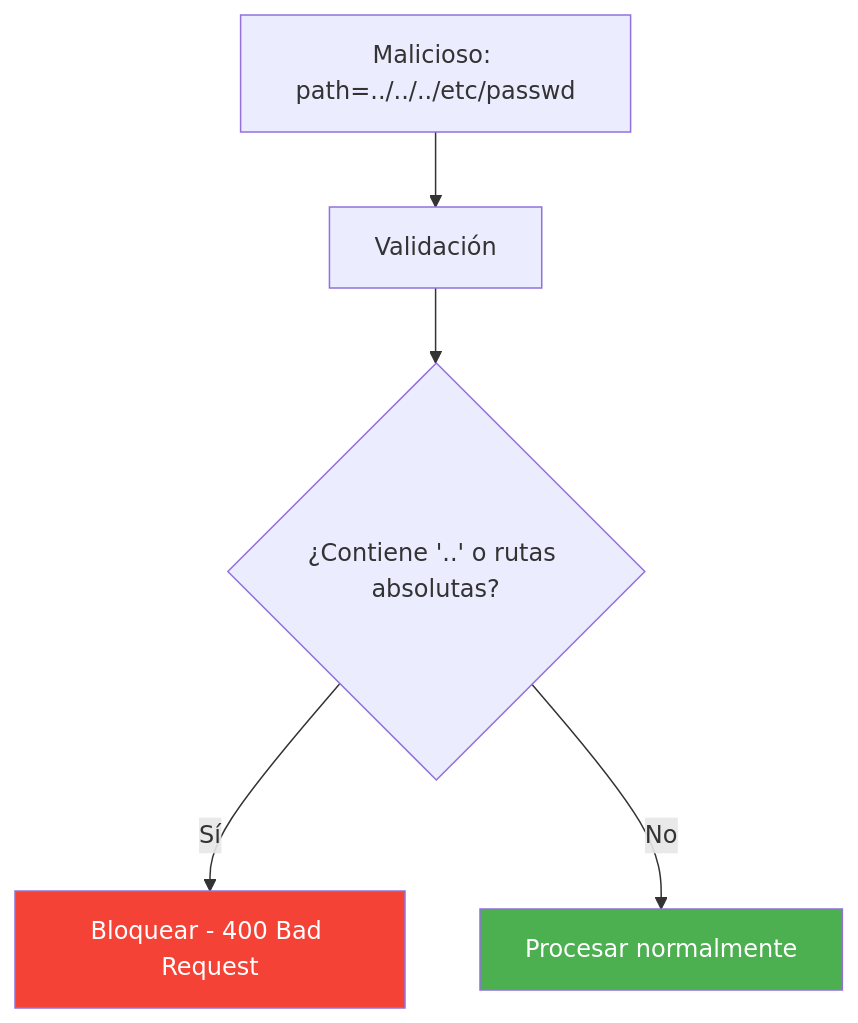
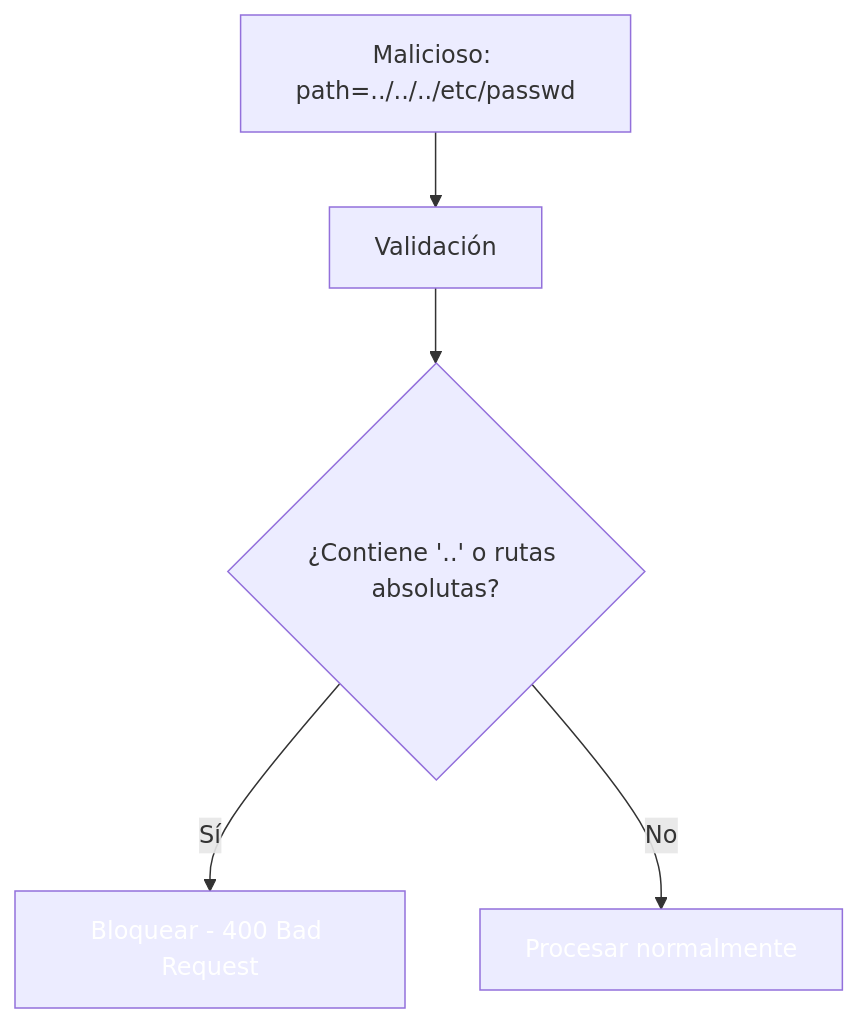
The third of 3 diagrams in 20-file-storage.md (joseluisgs/DesarrolloWebEntornosServidor-02-2026-2027), drawn with Mermaid before and after one commit. The commit also changed other lines of this file and 41 other files, not shown here.

````diff
--- a/20-file-storage.md
+++ b/20-file-storage.md
@@ -1069,9 +1069,9 @@
 ```mermaid
 graph TD
     A["Malicioso: path=../../../etc/passwd"] --> B[Validación]
     B --> C{"¿Contiene '..' o rutas absolutas?"}
     C -->|Sí| D[Bloquear - 400 Bad Request]
     C -->|No| E[Procesar normalmente]
-    style D fill:#f44336,color:#fff
-    style E fill:#4CAF50,color:#fff
+    style D fill:#f4433,color:#fff6,color:#fff
+    style E fill:#4CAF5,color:#fff0,color:#fff
 ```
````
